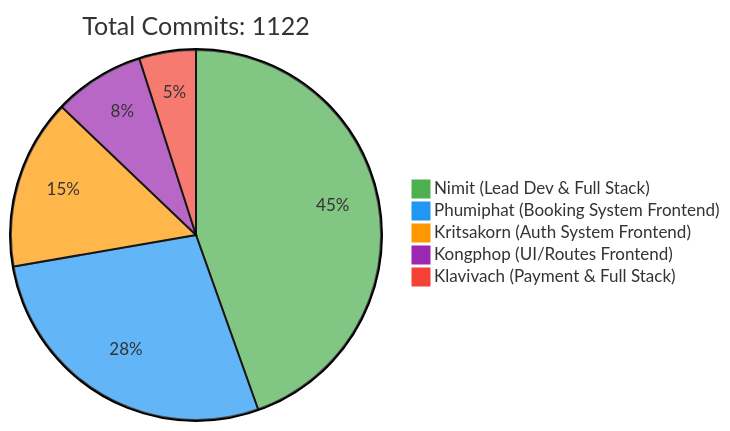
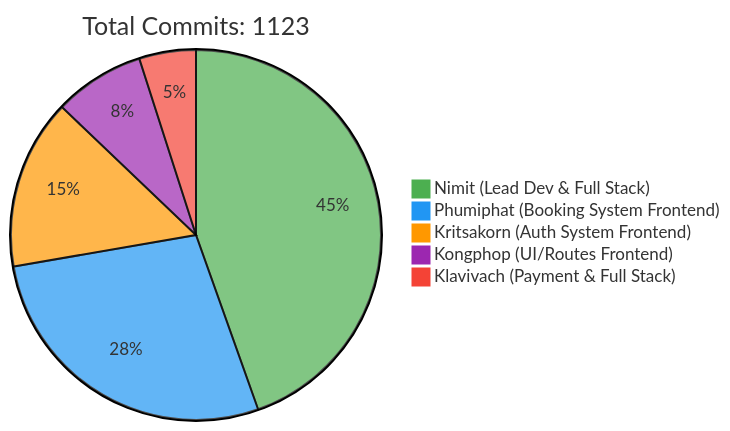
One commit to 6531503042/Sport-Complex changed the first of 2 diagrams in README.md. Above: the diagram before and after it, drawn with Mermaid. The commit also changed other lines of this file, not shown here.

Commit message:
docs: Update contributor statistics [skip ci]

````diff
--- a/README.md
+++ b/README.md
@@ -257,10 +257,10 @@
 ```mermaid
 %%{init: {'theme': 'base', 'themeVariables': { 'pie1': '#4CAF50', 'pie2': '#2196F3', 'pie3': '#FF9800', 'pie4': '#9C27B0', 'pie5': '#F44336'}}}%%
 pie
-    title Total Commits: 1122
+    title Total Commits: 1123
     "Nimit (Lead Dev & Full Stack)" : 450
     "Phumiphat (Booking System Frontend)" : 280
     "Kritsakorn (Auth System Frontend)" : 150
     "Kongphop (UI/Routes Frontend)" : 80
     "Klavivach (Payment & Full Stack)" : 50
 ```
````
